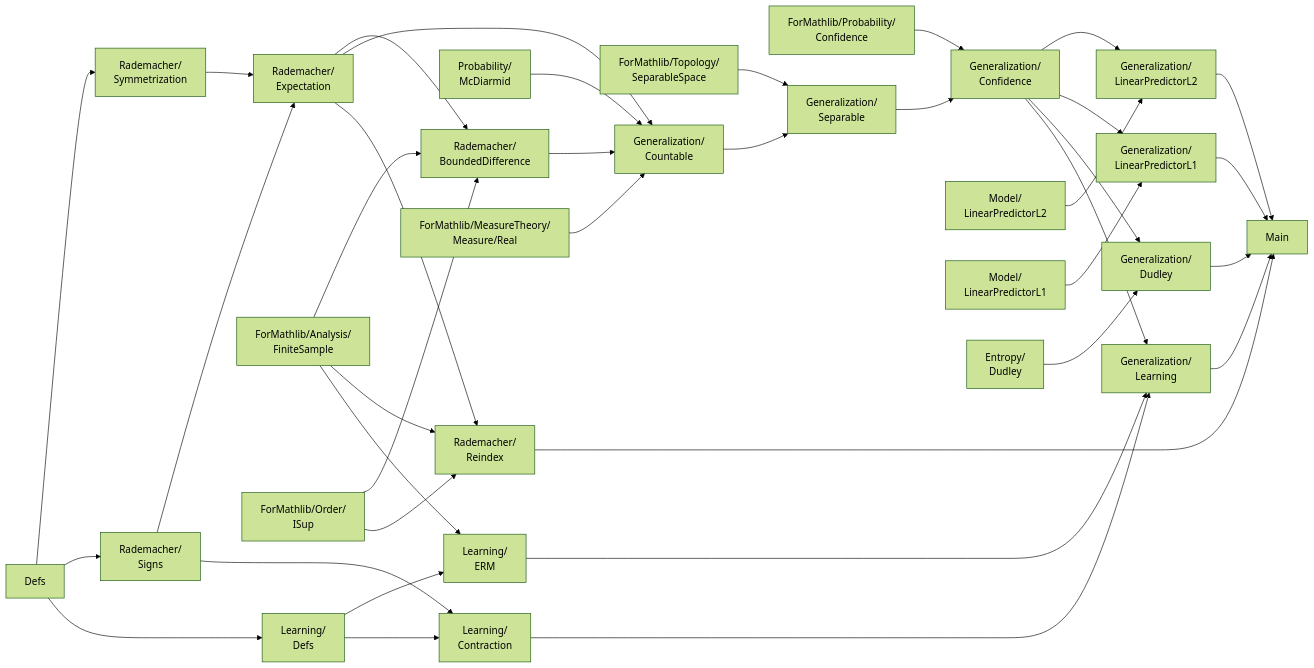
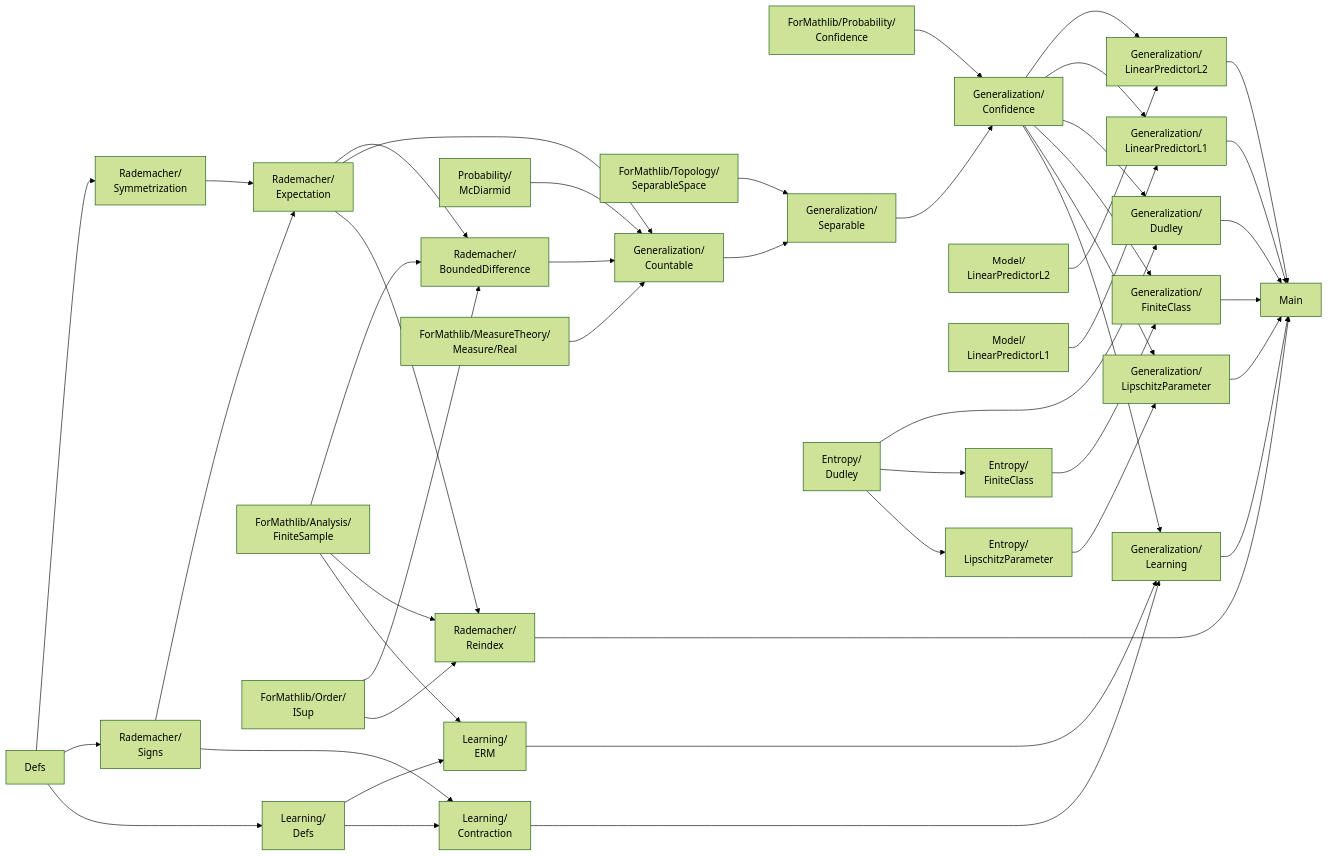
The diagram in note/summary.md (auto-res/lean-rademacher), drawn with Mermaid (forest theme) before and after one commit. The commit also changed other lines of this file and 9 other files, not shown here.

Commit message:
feat: add explicit Dudley entropy bounds

````diff
--- a/note/summary.md
+++ b/note/summary.md
@@ -34,70 +40,82 @@
 ```mermaid
 flowchart LR
     defs["Defs"]
     symm["Rademacher/<br/>Symmetrization"]
     rademacher["Rademacher/<br/>Expectation"]
     rademacherProperty["Rademacher/<br/>Signs"]
     reindex["Rademacher/<br/>Reindex"]
     mcdiarmid["Probability/<br/>McDiarmid"]
     boundedDiff["Rademacher/<br/>BoundedDifference"]
     finiteSample["ForMathlib/Analysis/<br/>FiniteSample"]
     iSupBridge["ForMathlib/Order/<br/>ISup"]
     measureBridge["ForMathlib/MeasureTheory/<br/>Measure/Real"]
     topologyBridge["ForMathlib/Topology/<br/>SeparableSpace"]
     confidenceCalc["ForMathlib/Probability/<br/>Confidence"]
     generalization["Generalization/<br/>Countable"]
     separableGen["Generalization/<br/>Separable"]
     confidence["Generalization/<br/>Confidence"]
     linearL2["Model/<br/>LinearPredictorL2"]
     linearL1["Model/<br/>LinearPredictorL1"]
     dudley["Entropy/<br/>Dudley"]
+    finiteEntropy["Entropy/<br/>FiniteClass"]
+    lipschitzEntropy["Entropy/<br/>LipschitzParameter"]
     l2Gen["Generalization/<br/>LinearPredictorL2"]
     l1Gen["Generalization/<br/>LinearPredictorL1"]
     dudleyGen["Generalization/<br/>Dudley"]
+    finiteGen["Generalization/<br/>FiniteClass"]
+    lipschitzGen["Generalization/<br/>LipschitzParameter"]
     learningDefs["Learning/<br/>Defs"]
     erm["Learning/<br/>ERM"]
     contraction["Learning/<br/>Contraction"]
     learningGen["Generalization/<br/>Learning"]
     main["Main"]
 
     defs --> symm
     defs --> rademacherProperty
     rademacherProperty --> rademacher
     symm --> rademacher
     rademacher --> boundedDiff
     rademacher --> generalization
     rademacher --> reindex
     mcdiarmid --> generalization
     finiteSample --> boundedDiff
     finiteSample --> reindex
     iSupBridge --> boundedDiff
     iSupBridge --> reindex
     boundedDiff --> generalization
     measureBridge --> generalization
 
     topologyBridge --> separableGen
     generalization --> separableGen
     confidenceCalc --> confidence
     separableGen --> confidence
 
     linearL2 --> l2Gen
     confidence --> l2Gen
     linearL1 --> l1Gen
     confidence --> l1Gen
     dudley --> dudleyGen
     confidence --> dudleyGen
+    dudley --> finiteEntropy
+    dudley --> lipschitzEntropy
+    finiteEntropy --> finiteGen
+    confidence --> finiteGen
+    lipschitzEntropy --> lipschitzGen
+    confidence --> lipschitzGen
     defs --> learningDefs
     finiteSample --> erm
     learningDefs --> erm
     rademacherProperty --> contraction
     learningDefs --> contraction
     erm --> learningGen
     contraction --> learningGen
     confidence --> learningGen
 
     l2Gen --> main
     l1Gen --> main
     dudleyGen --> main
+    finiteGen --> main
+    lipschitzGen --> main
     learningGen --> main
     reindex --> main
 ```
````
